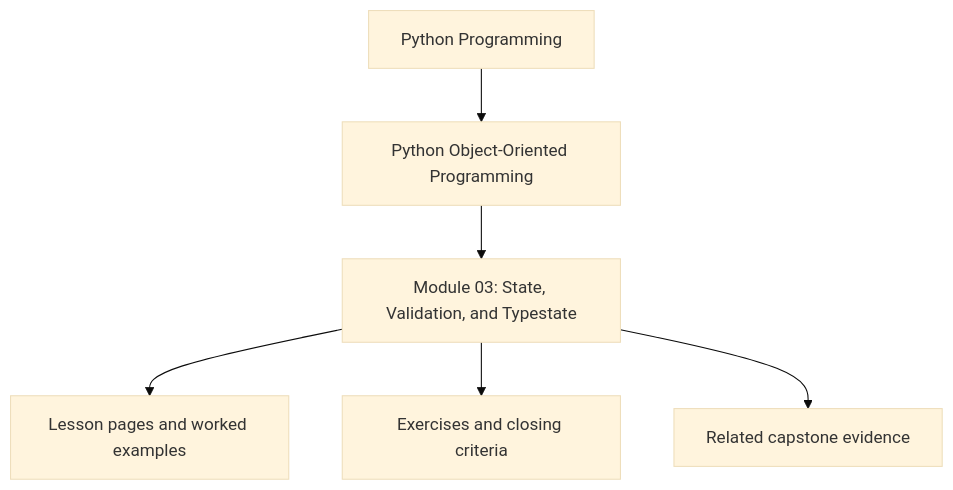
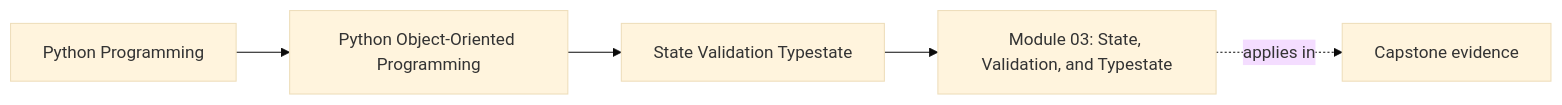
One commit to bijux/bijux-masterclass changed the first of 2 diagrams in programs/python-programming/python-object-oriented-programming/course-book/module-03-state-validation-typestate/index.md. Above: the diagram before and after it, drawn with Mermaid (base theme). The commit also changed other lines of this file and 65 other files, not shown here.

Commit message:
docs(python-object-oriented-programming): map object model and design foundations

````diff
--- a/programs/python-programming/python-object-oriented-programming/course-book/module-03-state-validation-typestate/index.md
+++ b/programs/python-programming/python-object-oriented-programming/course-book/module-03-state-validation-typestate/index.md
@@ -7,8 +7,11 @@
 ```mermaid
-flowchart TD
-  family["Python Programming"] --> program["Python Object-Oriented Programming"]
-  program --> module["Module 03: State, Validation, and Typestate"]
-  module --> lessons["Lesson pages and worked examples"]
-  module --> checkpoints["Exercises and closing criteria"]
-  module --> capstone["Related capstone evidence"]
+graph LR
+  family["Python Programming"]
+  program["Python Object-Oriented Programming"]
+  section["State Validation Typestate"]
+  page["Module 03: State, Validation, and Typestate"]
+  capstone["Capstone evidence"]
+
+  family --> program --> section --> page
+  page -.applies in.-> capstone
 ```
````
